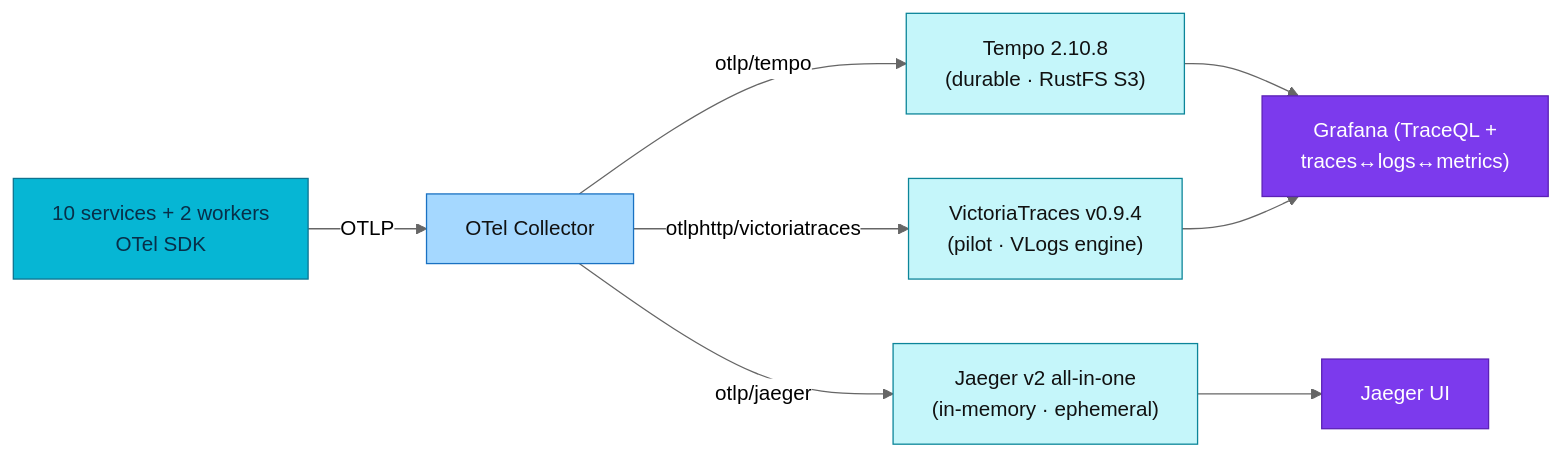
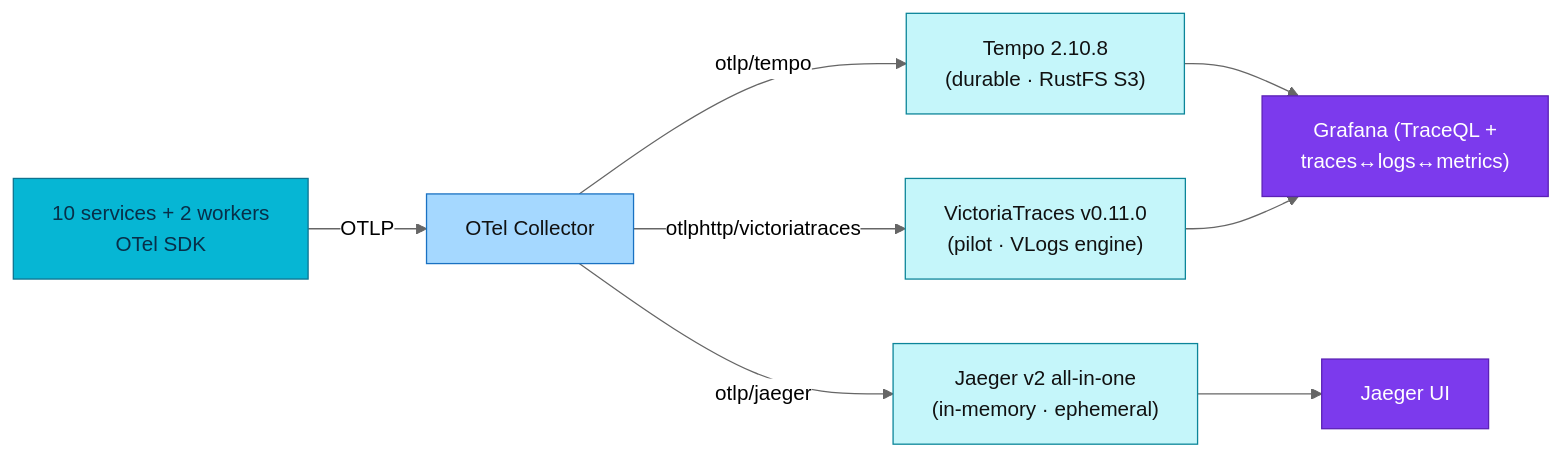
Before and after one commit to duynhlab/homelab: the diagram in docs/observability/tracing/backends-comparison.md, drawn with Mermaid (neutral theme). The commit also changed other lines of this file and 7 other files, not shown here.

````diff
--- a/docs/observability/tracing/backends-comparison.md
+++ b/docs/observability/tracing/backends-comparison.md
@@ -17,18 +17,18 @@
 ```mermaid
 flowchart LR
   Apps["10 services + 2 workers<br/>OTel SDK"] -->|OTLP| OC["OTel Collector"]
   OC -->|otlp/tempo| T["Tempo 2.10.8<br/>(durable · RustFS S3)"]
   OC -->|otlp/jaeger| J["Jaeger v2 all-in-one<br/>(in-memory · ephemeral)"]
-  OC -->|otlphttp/victoriatraces| V["VictoriaTraces v0.9.4<br/>(pilot · VLogs engine)"]
+  OC -->|otlphttp/victoriatraces| V["VictoriaTraces v0.11.0<br/>(pilot · VLogs engine)"]
   T --> G["Grafana (TraceQL +<br/>traces↔logs↔metrics)"]
   J --> JU["Jaeger UI"]
   V --> G
   classDef service fill:#06b6d4,color:#082f49,stroke:#0e7490;
   classDef trace fill:#c5f6fa,color:#111,stroke:#0c8599;
   classDef collector fill:#a5d8ff,color:#111,stroke:#1971c2;
   classDef platform fill:#7c3aed,color:#fff,stroke:#5b21b6;
   class Apps service;
   class OC collector;
   class T,J,V trace;
   class G,JU platform;
 ```
````
